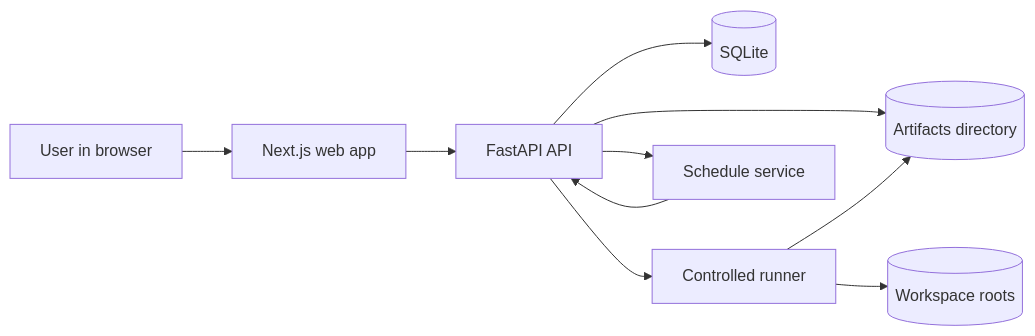
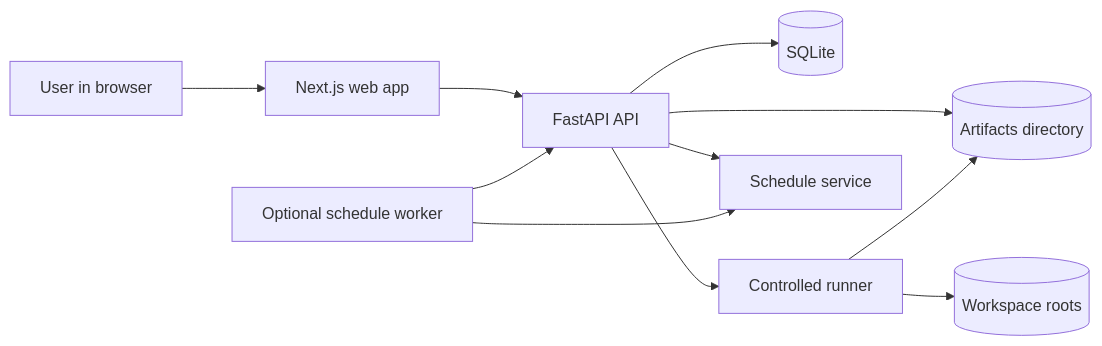
One commit to nicho2/local-agent-workspace-manager changed the first of 2 diagrams in docs/architecture.md. Above: the diagram before and after it, drawn with Mermaid. The commit also changed other lines of this file and 9 other files, not shown here.

````diff
--- a/docs/architecture.md
+++ b/docs/architecture.md
@@ -9,21 +9,23 @@
 ```mermaid
 flowchart LR
   User[User in browser]
   Web[Next.js web app]
   API[FastAPI API]
   DB[(SQLite)]
   Artifacts[(Artifacts directory)]
   Examples[(Workspace roots)]
   Runner[Controlled runner]
   Schedules[Schedule service]
+  ScheduleWorker[Optional schedule worker]
 
   User --> Web
   Web --> API
   API --> DB
   API --> Artifacts
   API --> Schedules
-  Schedules --> API
+  ScheduleWorker --> Schedules
+  ScheduleWorker --> API
   API --> Runner
   Runner --> Examples
   Runner --> Artifacts
 ```
````
